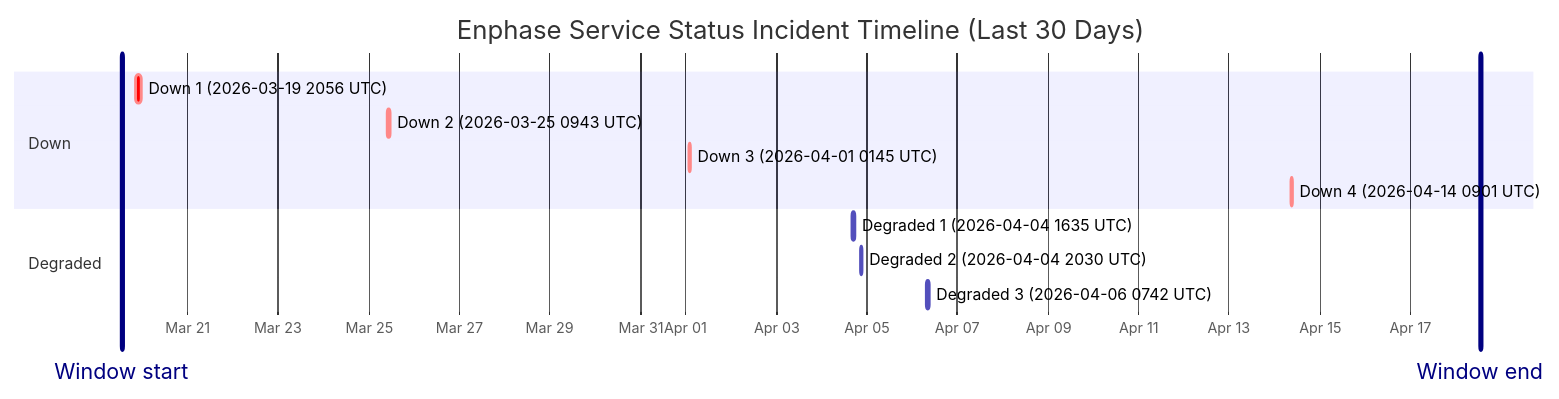
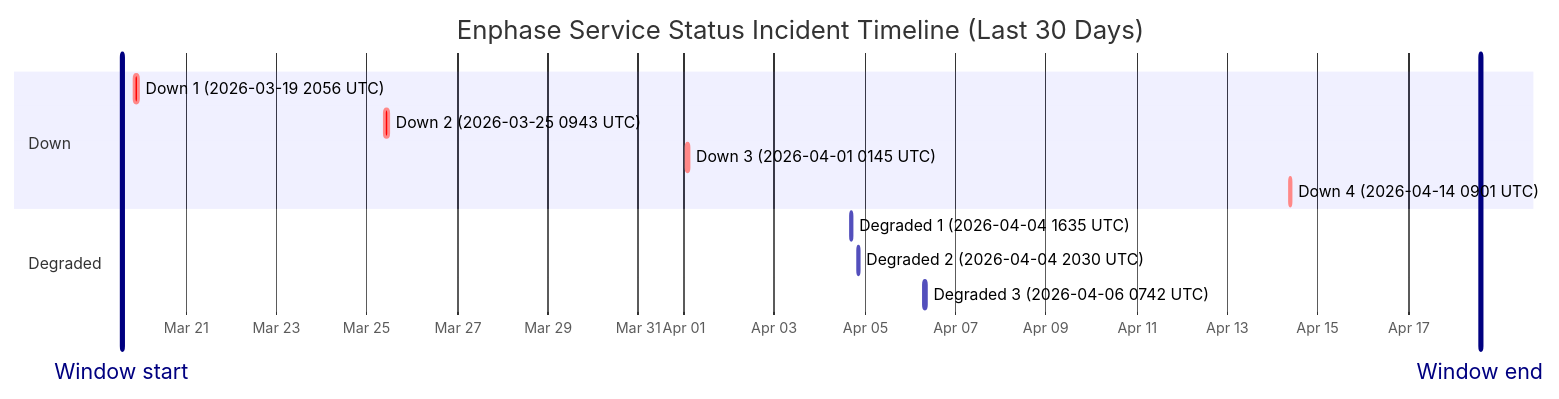
Before and after one commit to barneyonline/ha-enphase-ev-charger: the diagram in wiki/Service-Status-History.md, drawn with Mermaid. The commit also changed other lines of this file and 3 other files, not shown here.

````diff
--- a/wiki/Service-Status-History.md
+++ b/wiki/Service-Status-History.md
@@ -14,17 +14,17 @@
 ```mermaid
 gantt
     title Enphase Service Status Incident Timeline (Last 30 Days)
     dateFormat  YYYY-MM-DDTHH:mm:ss
     axisFormat  %b %d
-    Window start :vert, window-start, 2026-03-19T13:00:49, 0ms
-    Window end :vert, window-end, 2026-04-18T13:00:49, 0ms
+    Window start :vert, window-start, 2026-03-19T14:09:30, 0ms
+    Window end :vert, window-end, 2026-04-18T14:09:30, 0ms
     section Down
     Down 1 (2026-03-19 2056 UTC) :crit, down-1, 2026-03-19T20:56:20, 145m
     Down 2 (2026-03-25 0943 UTC) :crit, down-2, 2026-03-25T09:43:28, 111m
     Down 3 (2026-04-01 0145 UTC) :crit, down-3, 2026-04-01T01:45:09, 60m
     Down 4 (2026-04-14 0901 UTC) :crit, down-4, 2026-04-14T09:01:13, 60m
     section Degraded
     Degraded 1 (2026-04-04 1635 UTC) :active, degraded-1, 2026-04-04T16:35:17, 60m
     Degraded 2 (2026-04-04 2030 UTC) :active, degraded-2, 2026-04-04T20:30:40, 60m
     Degraded 3 (2026-04-06 0742 UTC) :active, degraded-3, 2026-04-06T07:42:09, 85m
 ```
````
